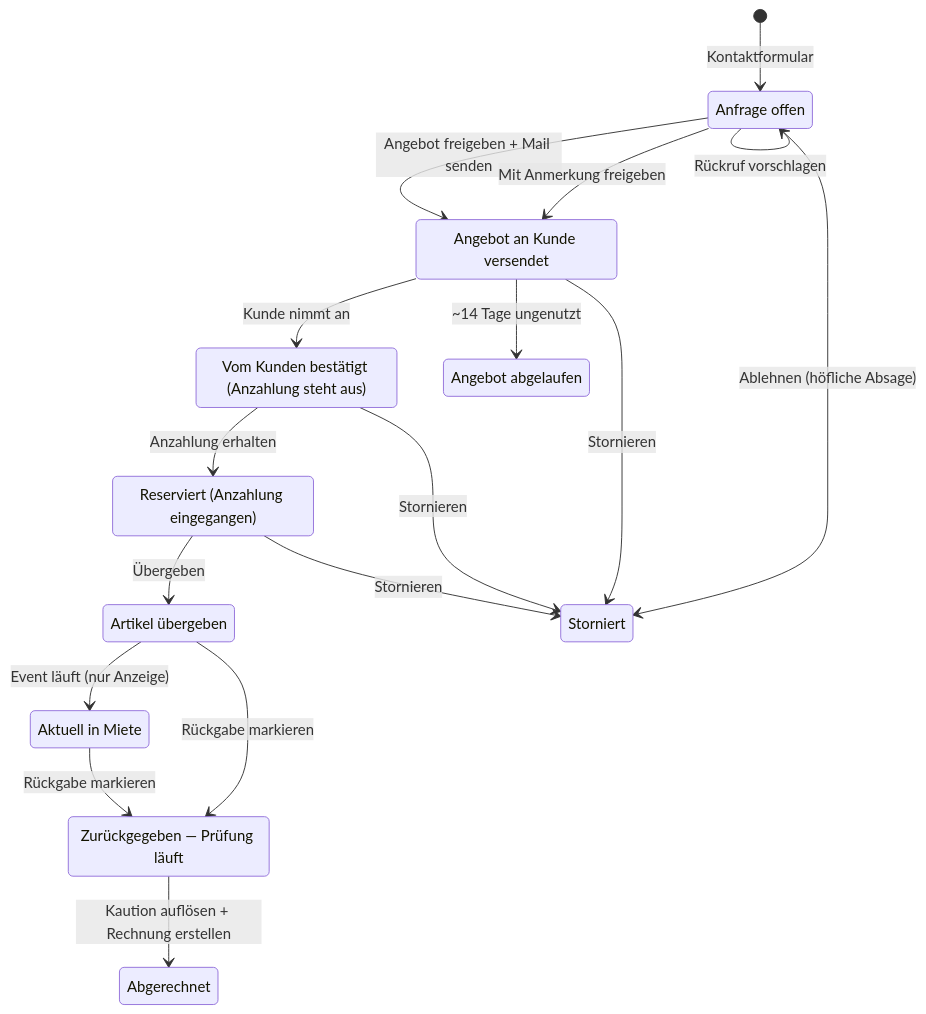
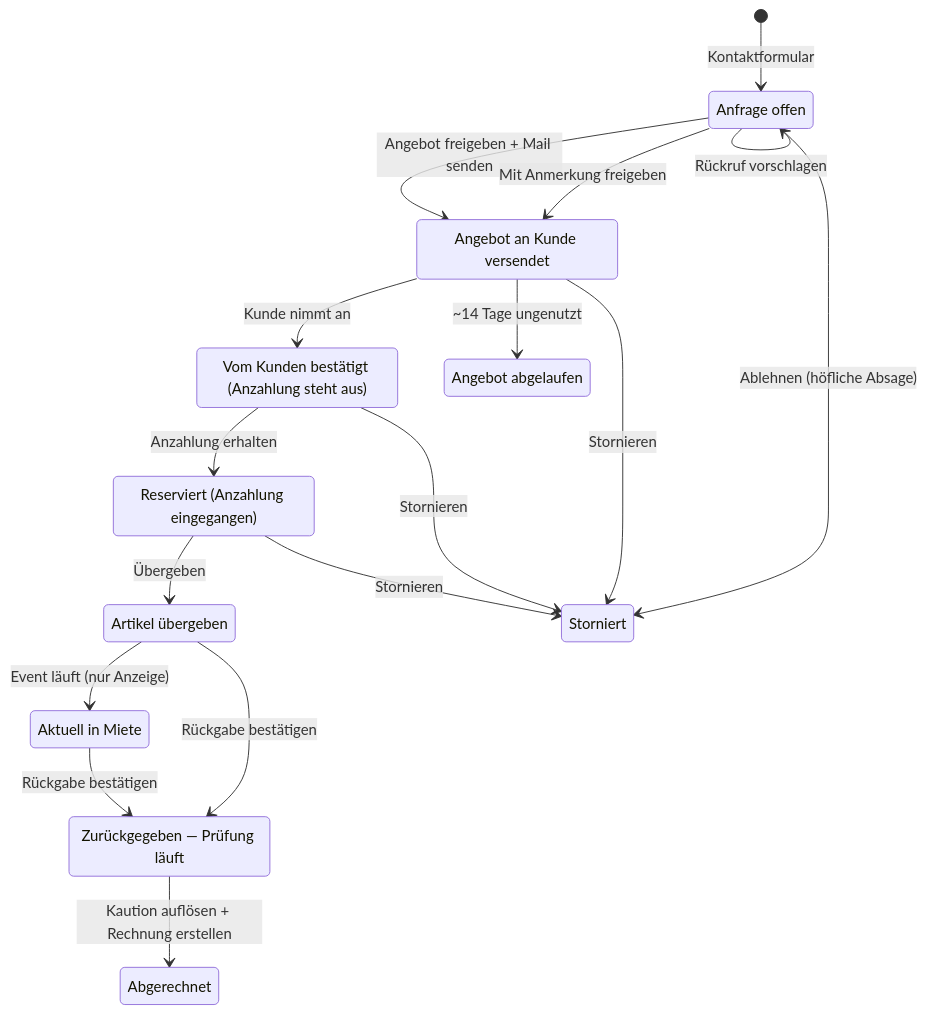
The first of 2 diagrams in docs/Eventverleih Bergstraße Betriebshandbuch.md (MB-SmartSystems/eventverleih-bergstrasse), drawn with Mermaid before and after one commit. The commit also changed other lines of this file and 2 other files, not shown here.

First line of the commit message:
Button umbenannt: 'Rückgabe markieren' -> 'Rückgabe bestätigen' (RuecknahmeDialog) + Handbuch/Kommentar im Lockstep

````diff
--- a/docs/Eventverleih Bergstraße Betriebshandbuch.md
+++ b/docs/Eventverleih Bergstraße Betriebshandbuch.md
@@ -97,30 +97,30 @@
 ```mermaid
 stateDiagram-v2
     state "Anfrage offen" as Anfrage
     state "Angebot an Kunde versendet" as Angebot_versendet
     state "Vom Kunden bestätigt (Anzahlung steht aus)" as Bestaetigt
     state "Reserviert (Anzahlung eingegangen)" as Reserviert
     state "Artikel übergeben" as Uebergeben
     state "Aktuell in Miete" as In_Miete
     state "Zurückgegeben — Prüfung läuft" as Zurueckgegeben
     state "Abgerechnet" as Abgerechnet
     state "Storniert" as Storniert
     state "Angebot abgelaufen" as Abgelaufen
 
     [*] --> Anfrage: Kontaktformular
     Anfrage --> Angebot_versendet: Angebot freigeben + Mail senden
     Anfrage --> Angebot_versendet: Mit Anmerkung freigeben
     Anfrage --> Anfrage: Rückruf vorschlagen
     Anfrage --> Storniert: Ablehnen (höfliche Absage)
     Angebot_versendet --> Bestaetigt: Kunde nimmt an
     Angebot_versendet --> Abgelaufen: ~14 Tage ungenutzt
     Angebot_versendet --> Storniert: Stornieren
     Bestaetigt --> Reserviert: Anzahlung erhalten
     Bestaetigt --> Storniert: Stornieren
     Reserviert --> Uebergeben: Übergeben
     Reserviert --> Storniert: Stornieren
     Uebergeben --> In_Miete: Event läuft (nur Anzeige)
-    Uebergeben --> Zurueckgegeben: Rückgabe markieren
-    In_Miete --> Zurueckgegeben: Rückgabe markieren
+    Uebergeben --> Zurueckgegeben: Rückgabe bestätigen
+    In_Miete --> Zurueckgegeben: Rückgabe bestätigen
     Zurueckgegeben --> Abgerechnet: Kaution auflösen + Rechnung erstellen
 ```
````
